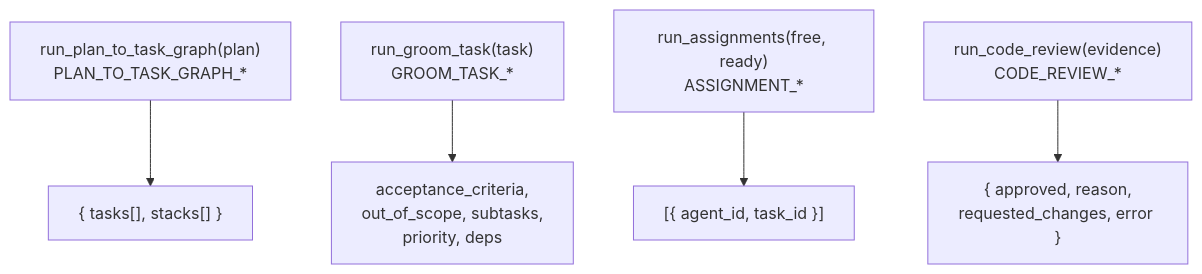
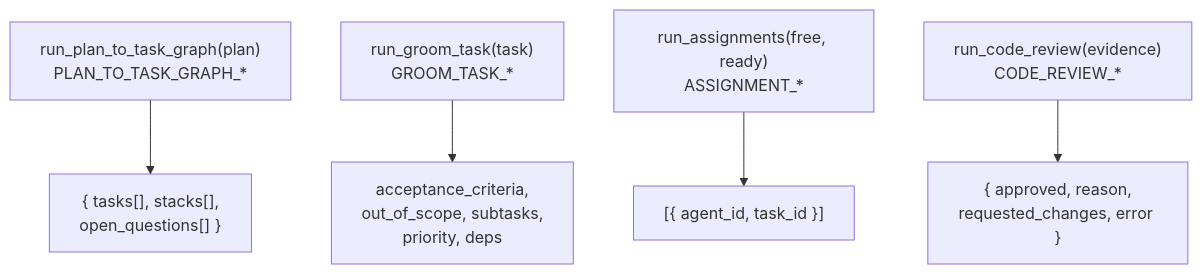
Before and after one commit to brandonkindred/Khala-Agentic-AI-Teams: the fourth of 7 diagrams in backend/agents/coding_team/system_design/architecture.md, drawn with Mermaid. The commit also changed other lines of this file, not shown here.

First line of the commit message:
docs(coding-team): update architecture for HITL gate, full LLM inputs, repo tools

````diff
--- a/backend/agents/coding_team/system_design/architecture.md
+++ b/backend/agents/coding_team/system_design/architecture.md
@@ -340,7 +413,7 @@
 ```mermaid
 flowchart TD
-    A["run_plan_to_task_graph(plan)<br/>PLAN_TO_TASK_GRAPH_*"] --> B["{ tasks[], stacks[] }"]
+    A["run_plan_to_task_graph(plan)<br/>PLAN_TO_TASK_GRAPH_*"] --> B["{ tasks[], stacks[],<br/>open_questions[] }"]
     C["run_groom_task(task)<br/>GROOM_TASK_*"] --> D["acceptance_criteria,<br/>out_of_scope, subtasks,<br/>priority, deps"]
     E["run_assignments(free, ready)<br/>ASSIGNMENT_*"] --> F["[{ agent_id, task_id }]"]
     G["run_code_review(evidence)<br/>CODE_REVIEW_*"] --> H["{ approved, reason,<br/>requested_changes, error }"]
 ```
````
